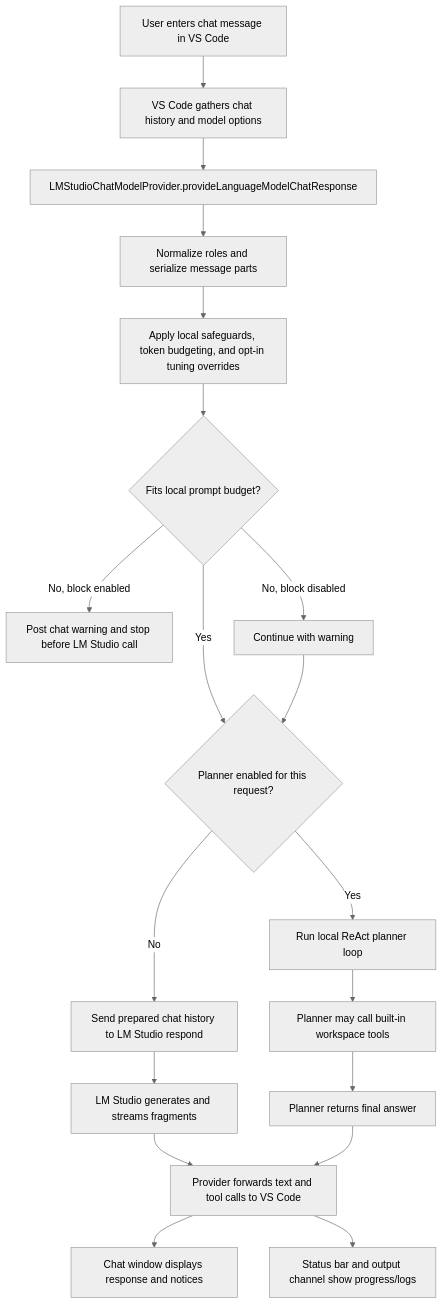
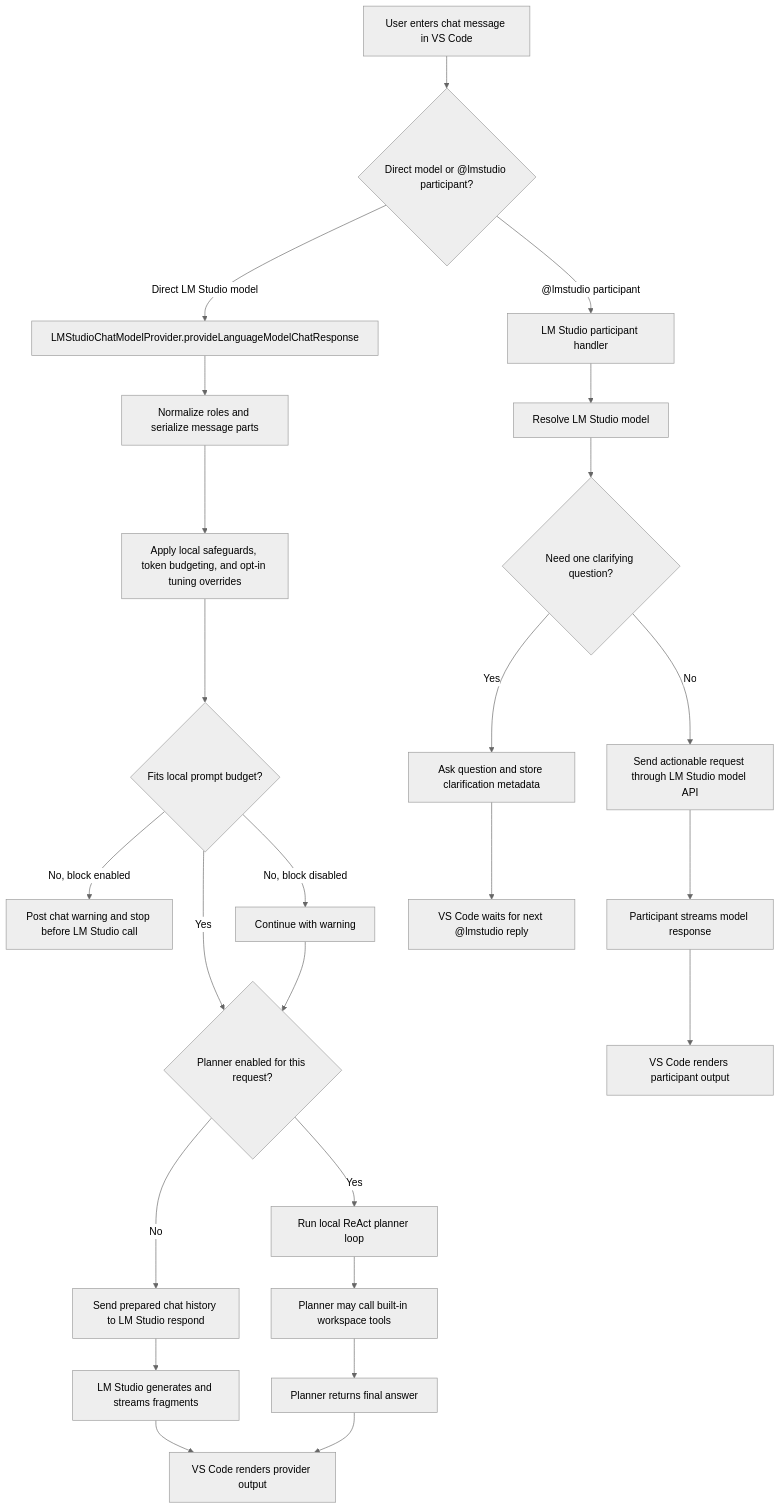
Before and after one commit to AuriR/lmstudio-byok: the second of 5 diagrams in docs/Architecture.md, drawn with Mermaid (neutral theme). The commit also changed other lines of this file and 5 other files, not shown here.

````diff
--- a/docs/Architecture.md
+++ b/docs/Architecture.md
@@ -173,21 +207,27 @@
 ```mermaid
 flowchart TD
-    A[User enters chat message in VS Code] --> B[VS Code gathers chat history and model options]
-    B --> C[LMStudioChatModelProvider.provideLanguageModelChatResponse]
-    C --> D[Normalize roles and serialize message parts]
-    D --> E[Apply local safeguards, token budgeting, and opt-in tuning overrides]
-    E --> F{Fits local prompt budget?}
-    F -- No, block enabled --> G[Post chat warning and stop before LM Studio call]
-    F -- No, block disabled --> H[Continue with warning]
-    F -- Yes --> I{Planner enabled for this request?}
-    H --> I
-    I -- No --> J[Send prepared chat history to LM Studio respond]
-    I -- Yes --> K[Run local ReAct planner loop]
-    J --> L[LM Studio generates and streams fragments]
-    K --> M[Planner may call built-in workspace tools]
-    M --> N[Planner returns final answer]
-    L --> O[Provider forwards text and tool calls to VS Code]
-    N --> O
-    O --> P[Chat window displays response and notices]
-    O --> Q[Status bar and output channel show progress/logs]
+    A[User enters chat message in VS Code] --> B{Direct model or @lmstudio participant?}
+    B -- Direct LM Studio model --> C[LMStudioChatModelProvider.provideLanguageModelChatResponse]
+    B -- @lmstudio participant --> D[LM Studio participant handler]
+    C --> E[Normalize roles and serialize message parts]
+    E --> F[Apply local safeguards, token budgeting, and opt-in tuning overrides]
+    F --> G{Fits local prompt budget?}
+    G -- No, block enabled --> H[Post chat warning and stop before LM Studio call]
+    G -- No, block disabled --> I[Continue with warning]
+    G -- Yes --> J{Planner enabled for this request?}
+    I --> J
+    J -- No --> K[Send prepared chat history to LM Studio respond]
+    J -- Yes --> L[Run local ReAct planner loop]
+    K --> M[LM Studio generates and streams fragments]
+    L --> N[Planner may call built-in workspace tools]
+    N --> O[Planner returns final answer]
+    D --> P[Resolve LM Studio model]
+    P --> Q{Need one clarifying question?}
+    Q -- Yes --> R[Ask question and store clarification metadata]
+    Q -- No --> S[Send actionable request through LM Studio model API]
+    S --> T[Participant streams model response]
+    M --> U[VS Code renders provider output]
+    O --> U
+    R --> V[VS Code waits for next @lmstudio reply]
+    T --> W[VS Code renders participant output]
 ```
````
